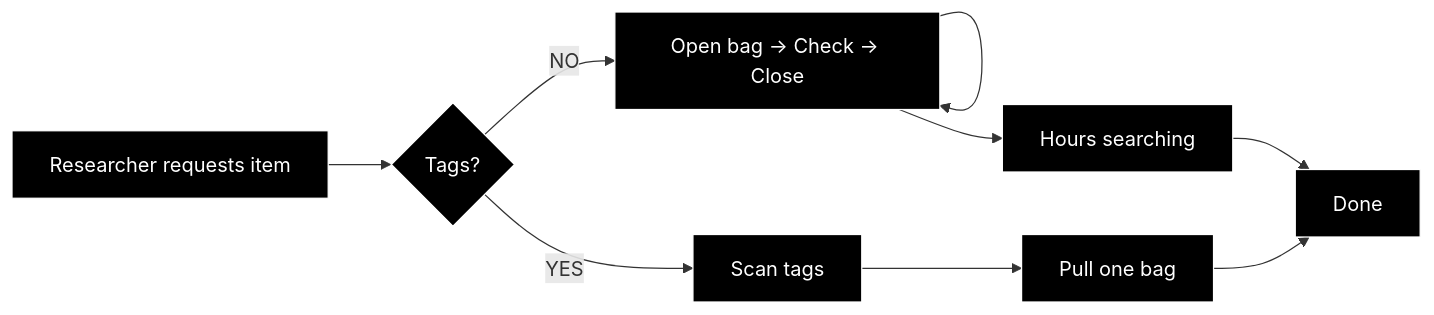
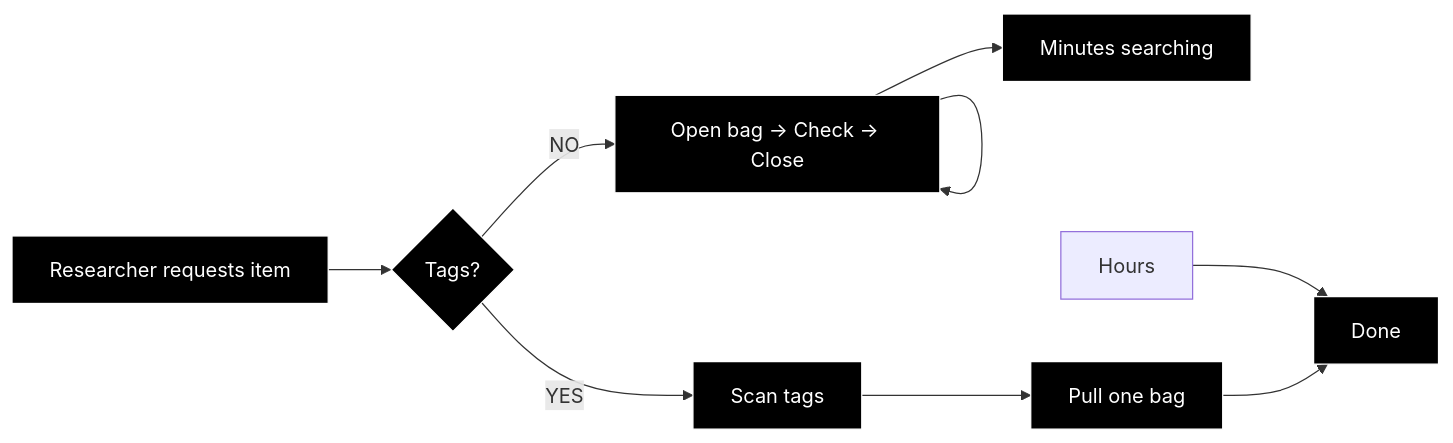
Before and after one commit to kianoding/From-Spreadsheet-to-Garment-Tag: the diagram in Tutorial/Introduction.md, drawn with Mermaid.

Commit message:
Change 'Hours' to 'Minutes' in flowchart

````diff
--- a/Tutorial/Introduction.md
+++ b/Tutorial/Introduction.md
@@ -13,21 +13,21 @@
 ```mermaid
 flowchart LR
     Start[Researcher requests item] --> Choice{Tags?}
     
     Choice -->|NO| Loop[Open bag → Check → Close]
     Loop --> Loop
-    Loop --> Hours[Hours searching]
+    Loop --> Minutes[Minutes searching]
     Hours --> Done[with ~5 minutes zipping the bags]
     
     Choice -->|YES| Scan[Scan tags]
     Scan --> Pull[Pull one bag]
     Pull --> Done[Done]
     
     style Start fill:#000,stroke:#fff,color:#fff
     style Choice fill:#000,stroke:#fff,color:#fff
     style Loop fill:#000,stroke:#fff,color:#fff
-    style Hours fill:#000,stroke:#fff,color:#fff
+    style Minutes fill:#000,stroke:#fff,color:#fff
     style Scan fill:#000,stroke:#fff,color:#fff
     style Pull fill:#000,stroke:#fff,color:#fff
     style Done fill:#000,stroke:#fff,color:#fff
 ```
````
